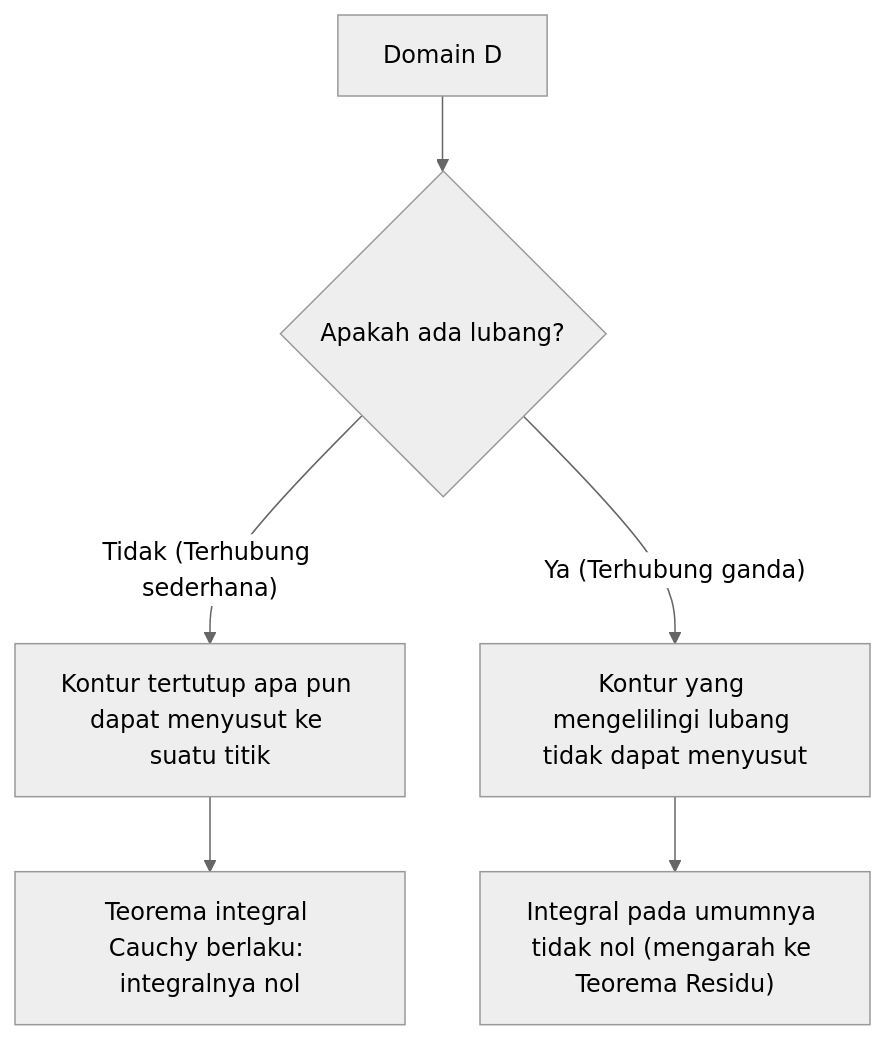
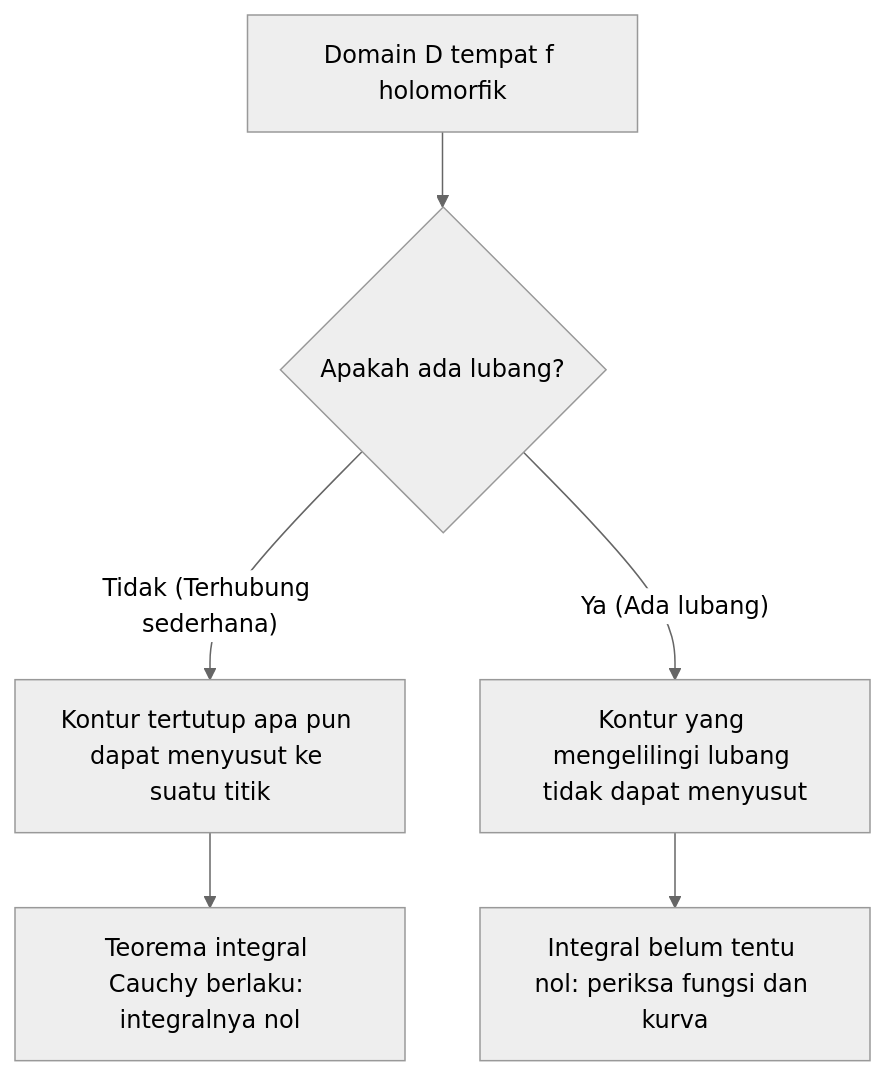
The diagram in content/post/cauchys-integral-theorem/index.id.md (kenjinote/blog), drawn with Mermaid (neutral theme) before and after one commit. The commit also changed other lines of this file and 8 other files, not shown here.

````diff
--- a/content/post/cauchys-integral-theorem/index.id.md
+++ b/content/post/cauchys-integral-theorem/index.id.md
@@ -95,8 +95,8 @@
 ```mermaid
 flowchart TD
-    A["Domain D"] --> B{"Apakah ada lubang?"}
+    A["Domain D tempat f holomorfik"] --> B{"Apakah ada lubang?"}
     B -->|"Tidak (Terhubung sederhana)"| C["Kontur tertutup apa pun dapat menyusut ke suatu titik"]
     C --> D["Teorema integral Cauchy berlaku: integralnya nol"]
-    B -->|"Ya (Terhubung ganda)"| E["Kontur yang mengelilingi lubang tidak dapat menyusut"]
-    E --> F["Integral pada umumnya tidak nol (mengarah ke Teorema Residu)"]
+    B -->|"Ya (Ada lubang)"| E["Kontur yang mengelilingi lubang tidak dapat menyusut"]
+    E --> F["Integral belum tentu nol: periksa fungsi dan kurva"]
 ```
````
